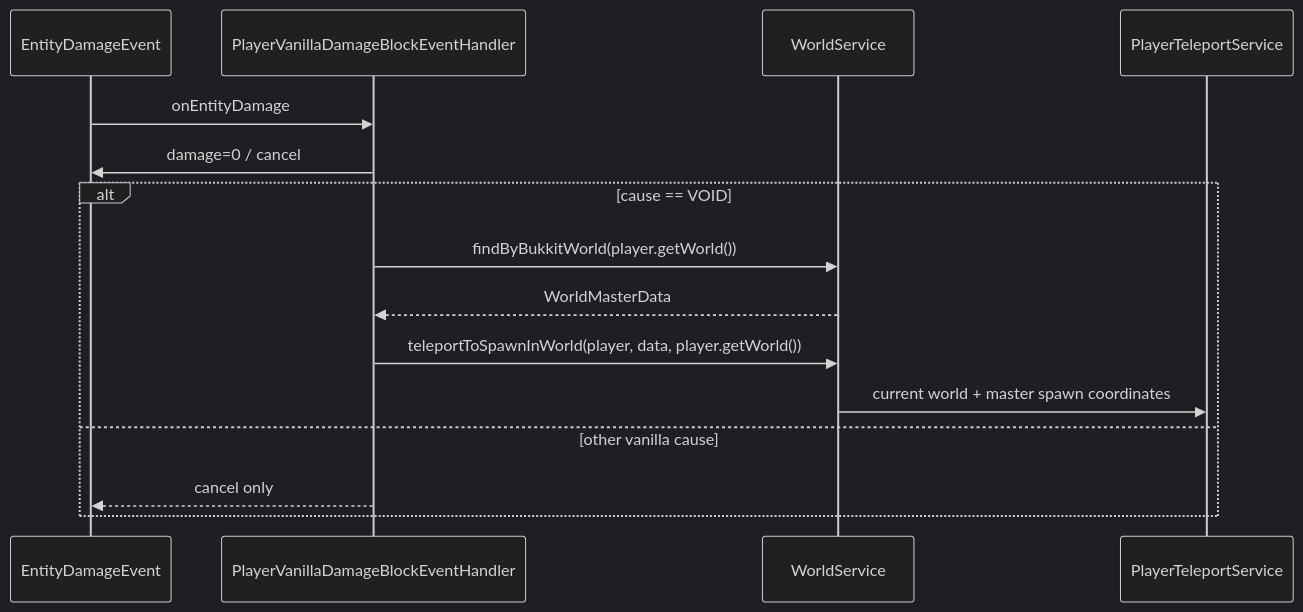
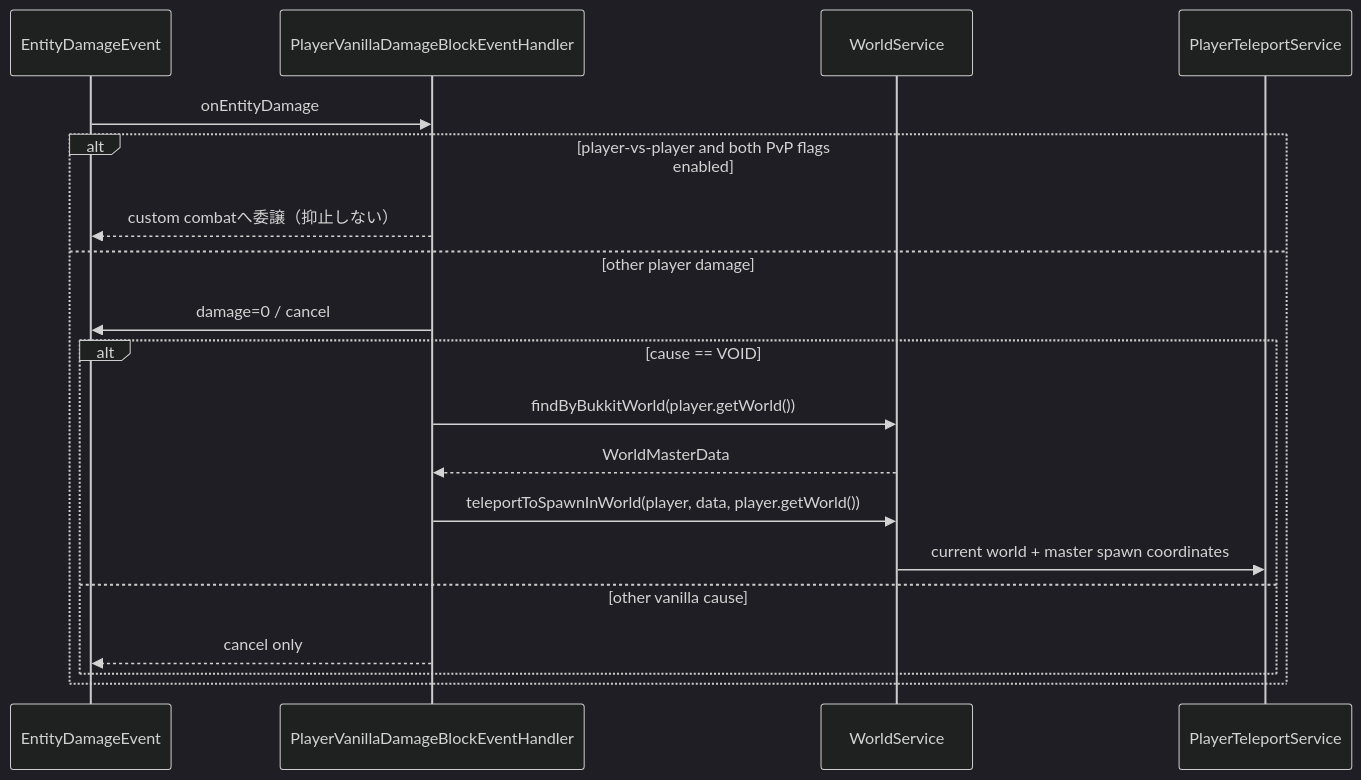
One commit to maaasu/AstralRecord-Workspace changed the seventh of 7 diagrams in 00_docs/10_Plugin設計書/feature/03-player/03_4-統合フロー.md. Above: the diagram before and after it, drawn with Mermaid (dark theme). The commit also changed other lines of this file and 20 other files, not shown here.

````diff
--- a/00_docs/10_Plugin設計書/feature/03-player/03_4-統合フロー.md
+++ b/00_docs/10_Plugin設計書/feature/03-player/03_4-統合フロー.md
@@ -216,17 +216,21 @@
 ```mermaid
 sequenceDiagram
     participant Bukkit as EntityDamageEvent
     participant Handler as PlayerVanillaDamageBlockEventHandler
     participant World as WorldService
     participant Teleport as PlayerTeleportService
     Bukkit->>Handler: onEntityDamage
-    Handler->>Bukkit: damage=0 / cancel
-    alt cause == VOID
-        Handler->>World: findByBukkitWorld(player.getWorld())
-        World-->>Handler: WorldMasterData
-        Handler->>World: teleportToSpawnInWorld(player, data, player.getWorld())
-        World->>Teleport: current world + master spawn coordinates
-    else other vanilla cause
-        Handler-->>Bukkit: cancel only
+    alt player-vs-player and both PvP flags enabled
+        Handler-->>Bukkit: custom combatへ委譲（抑止しない）
+    else other player damage
+        Handler->>Bukkit: damage=0 / cancel
+        alt cause == VOID
+            Handler->>World: findByBukkitWorld(player.getWorld())
+            World-->>Handler: WorldMasterData
+            Handler->>World: teleportToSpawnInWorld(player, data, player.getWorld())
+            World->>Teleport: current world + master spawn coordinates
+        else other vanilla cause
+            Handler-->>Bukkit: cancel only
+        end
     end
 ```
````
